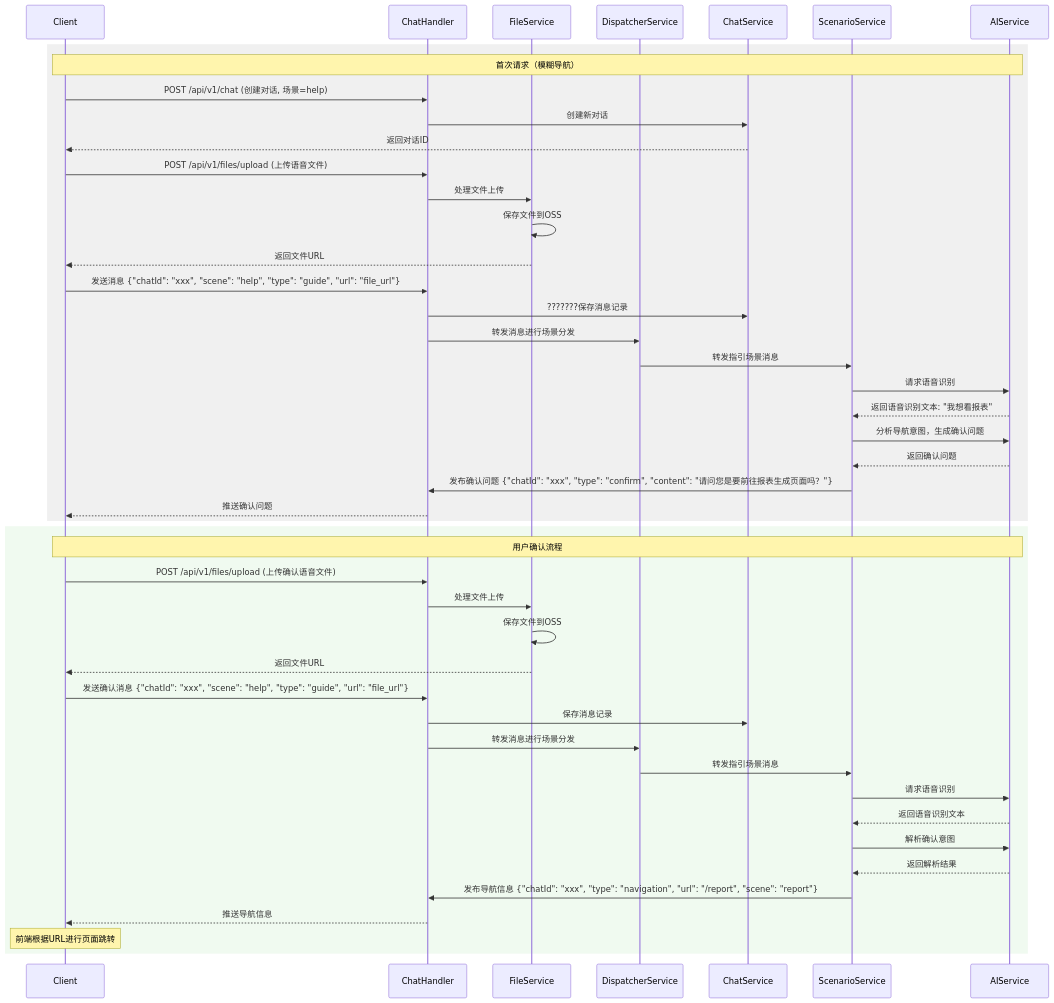
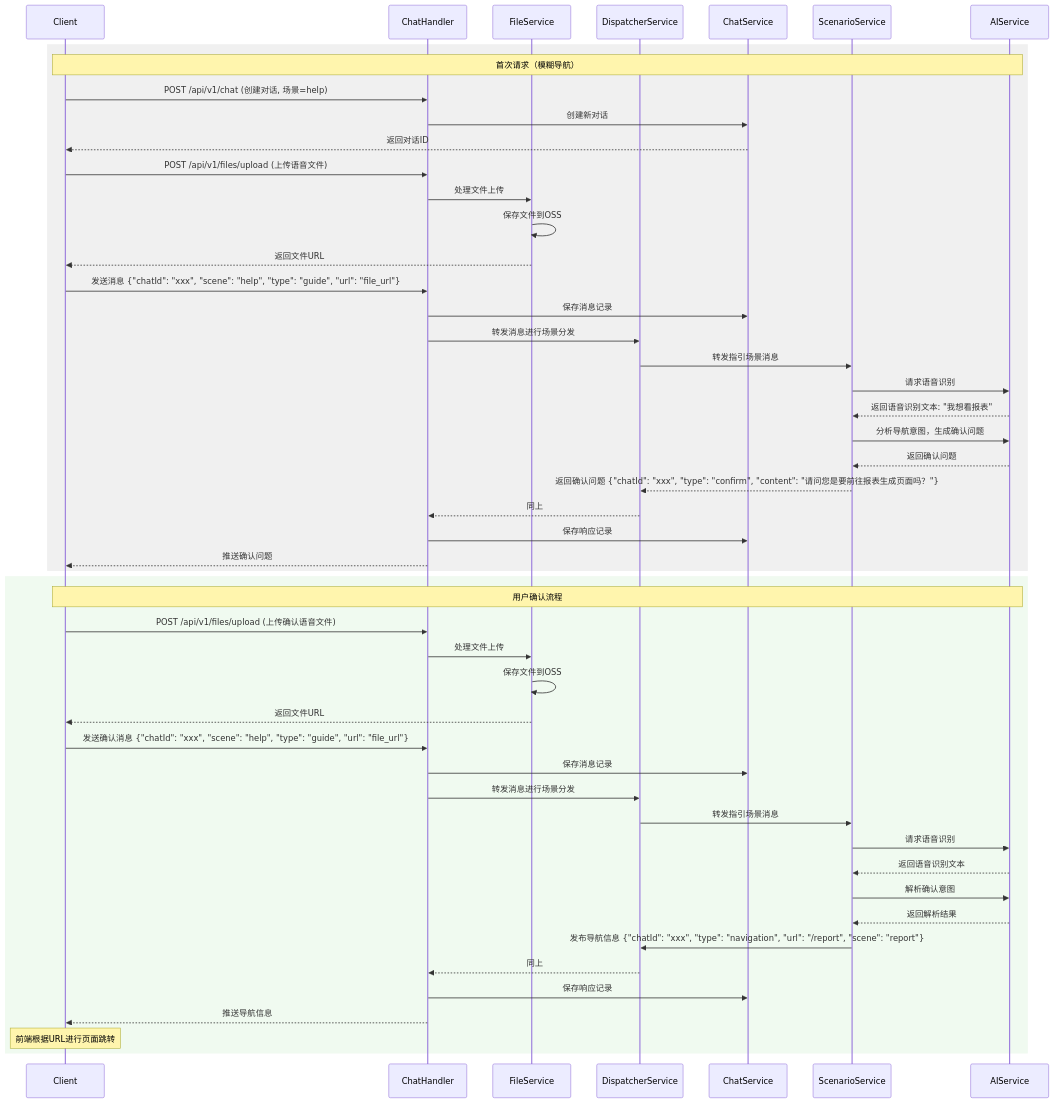
One commit to hanhzf/aiops changed the first of 4 diagrams in ai-coding/output/应用软件交互时序图.md. Above: the diagram before and after it, drawn with Mermaid. The commit also changed other lines of this file and 2 other files, not shown here.

````diff
--- a/ai-coding/output/应用软件交互时序图.md
+++ b/ai-coding/output/应用软件交互时序图.md
@@ -8,55 +8,59 @@
 ```mermaid
 sequenceDiagram
     participant Client
     participant ChatHandler
     participant FileService
     participant DispatcherService
     participant ChatService
     participant ScenarioService
     participant AIService
 
     %% 第一次语音文件上传流程（首页导航请求）
     rect rgb(240, 240, 240)
         Note over Client,AIService: 首次请求（模糊导航）
         Client->>ChatHandler: POST /api/v1/chat (创建对话, 场景=help)
         ChatHandler->>ChatService: 创建新对话
         ChatService-->>Client: 返回对话ID
         
         Client->>ChatHandler: POST /api/v1/files/upload (上传语音文件)
         ChatHandler->>FileService: 处理文件上传
         FileService->>FileService: 保存文件到OSS
         FileService-->>Client: 返回文件URL
         
         Client->>ChatHandler: 发送消息 {"chatId": "xxx", "scene": "help", "type": "guide", "url": "file_url"}
-        ChatHandler->>ChatService: ???????保存消息记录
+        ChatHandler->>ChatService: 保存消息记录
         ChatHandler->>DispatcherService: 转发消息进行场景分发
         DispatcherService->>ScenarioService: 转发指引场景消息
         ScenarioService->>AIService: 请求语音识别
         AIService-->>ScenarioService: 返回语音识别文本: "我想看报表"
         ScenarioService->>AIService: 分析导航意图，生成确认问题
         AIService-->>ScenarioService: 返回确认问题
-        ScenarioService->>ChatHandler: 发布确认问题 {"chatId": "xxx", "type": "confirm", "content": "请问您是要前往报表生成页面吗？"}
+        ScenarioService-->>DispatcherService: 返回确认问题 {"chatId": "xxx", "type": "confirm", "content": "请问您是要前往报表生成页面吗？"}
+        DispatcherService-->>ChatHandler: 同上
+        ChatHandler->>ChatService: 保存响应记录
         ChatHandler-->>Client: 推送确认问题
     end
 
     %% 用户确认流程
     rect rgb(240, 250, 240)
         Note over Client,AIService: 用户确认流程
         Client->>ChatHandler: POST /api/v1/files/upload (上传确认语音文件)
         ChatHandler->>FileService: 处理文件上传
         FileService->>FileService: 保存文件到OSS
         FileService-->>Client: 返回文件URL
         
         Client->>ChatHandler: 发送确认消息 {"chatId": "xxx", "scene": "help", "type": "guide", "url": "file_url"}
         ChatHandler->>ChatService: 保存消息记录
         ChatHandler->>DispatcherService: 转发消息进行场景分发
         DispatcherService->>ScenarioService: 转发指引场景消息
         ScenarioService->>AIService: 请求语音识别
         AIService-->>ScenarioService: 返回语音识别文本
         ScenarioService->>AIService: 解析确认意图
         AIService-->>ScenarioService: 返回解析结果
-        ScenarioService->>ChatHandler: 发布导航信息 {"chatId": "xxx", "type": "navigation", "url": "/report", "scene": "report"}
+        ScenarioService->>DispatcherService: 发布导航信息 {"chatId": "xxx", "type": "navigation", "url": "/report", "scene": "report"}
+        DispatcherService-->>ChatHandler: 同上
+        ChatHandler->>ChatService: 保存响应记录
         ChatHandler-->>Client: 推送导航信息
         Note over Client: 前端根据URL进行页面跳转
     end
 ```
````
